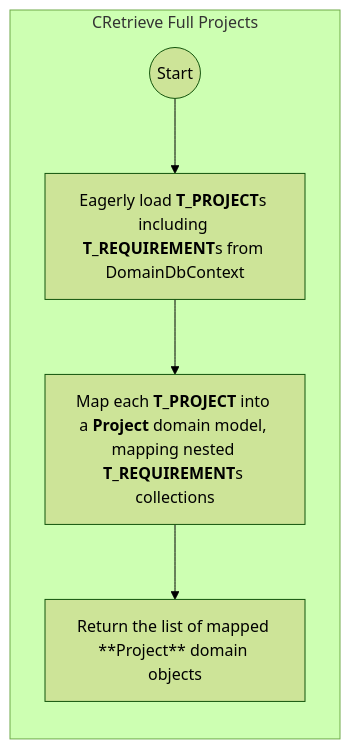
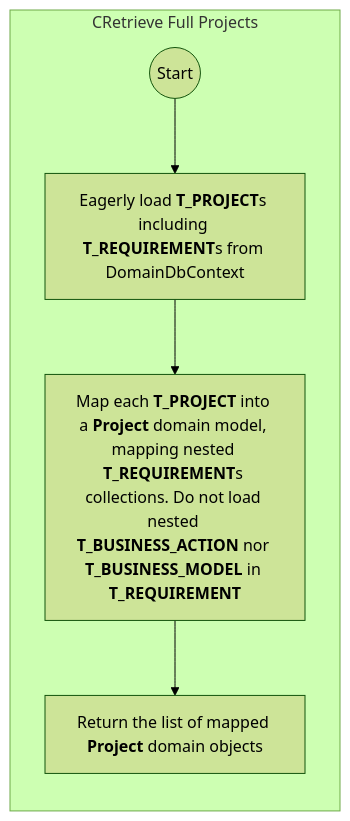
The second of 2 diagrams in AI/Repository/ProjectRepository.md (sdlfly2000/DomainBasedDesigner), drawn with Mermaid (forest theme) before and after one commit. The commit also changed other lines of this file and 15 other files, not shown here.

Commit message:
Create Project Domain

````diff
--- a/AI/Repository/ProjectRepository.md
+++ b/AI/Repository/ProjectRepository.md
@@ -47,9 +47,9 @@
     ```mermaid
         graph TB
             subgraph main [CRetrieve Full Projects]
                 direction TB
                 start(("Start")) --> load["`Eagerly load **T_PROJECT**s including **T_REQUIREMENT**s from DomainDbContext`"]
-                load --> map["`Map each **T_PROJECT** into a **Project** domain model, mapping nested **T_REQUIREMENT**s collections`"]
-                map --> return["Return the list of mapped **Project** domain objects"]
+                load --> map["`Map each **T_PROJECT** into a **Project** domain model, mapping nested **T_REQUIREMENT**s collections. Do not load nested **T_BUSINESS_ACTION** nor **T_BUSINESS_MODEL** in **T_REQUIREMENT**`"]
+                map --> return["`Return the list of mapped **Project** domain objects`"]
             end
     ```
````
